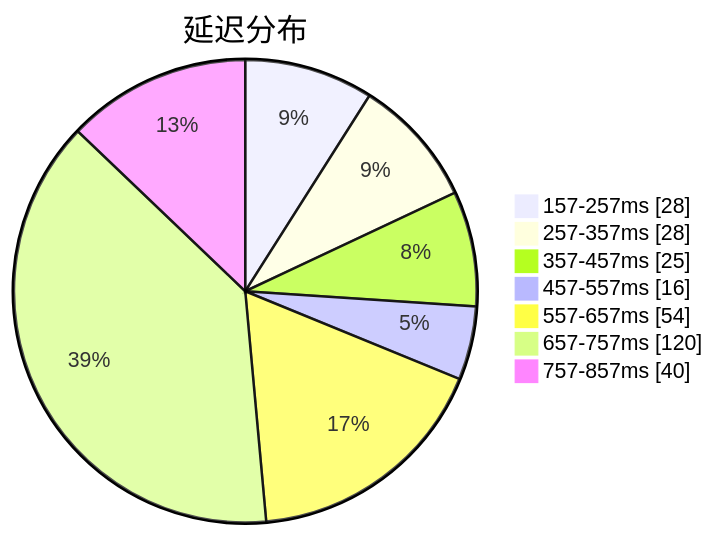
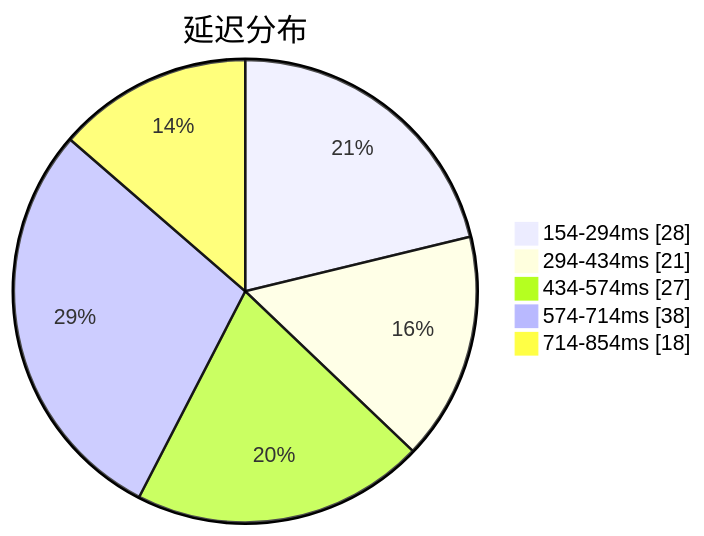
The first of 3 diagrams in subs/statistics/tested_within.md (qjlxg/airport), drawn with Mermaid before and after one commit. The commit also changed other lines of this file and 2 other files, not shown here.

````diff
--- a/subs/statistics/tested_within.md
+++ b/subs/statistics/tested_within.md
@@ -2,11 +2,9 @@
 ```mermaid
 pie showData
 title 延迟分布
-"157-257ms" : 28
-"257-357ms" : 28
-"357-457ms" : 25
-"457-557ms" : 16
-"557-657ms" : 54
-"657-757ms" : 120
-"757-857ms" : 40
+"154-294ms" : 28
+"294-434ms" : 21
+"434-574ms" : 27
+"574-714ms" : 38
+"714-854ms" : 18
 ```
````
